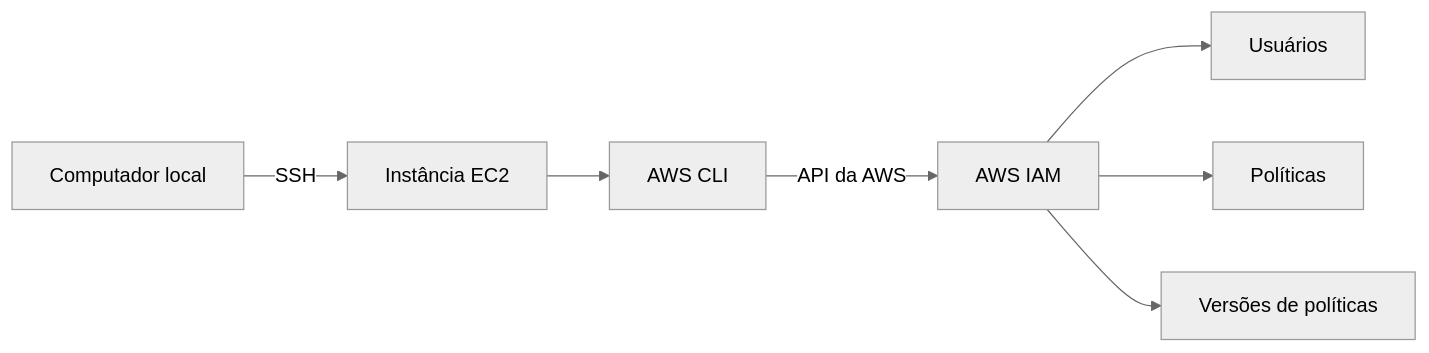
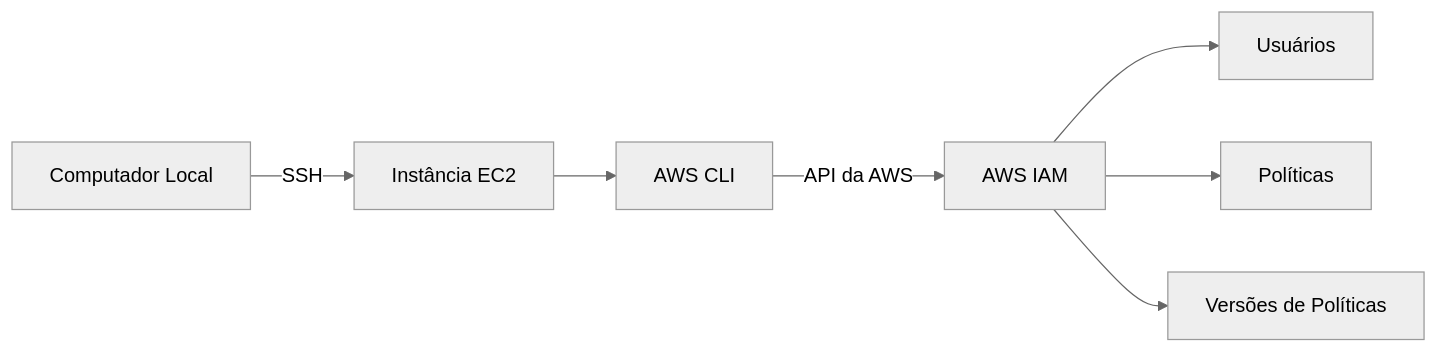
One commit to laisrdrgs/cloud-labs changed the second of 2 diagrams in 04-aws-cli-install-config/README.md. Above: the diagram before and after it, drawn with Mermaid (neutral theme). The commit also changed other lines of this file, not shown here.

First line of the commit message:
Revise README for AWS CLI lab instructions

````diff
--- a/04-aws-cli-install-config/README.md
+++ b/04-aws-cli-install-config/README.md
@@ -19,10 +224,10 @@
 ```mermaid
 flowchart LR
-    A[Computador local] -->|SSH| B[Instância EC2]
-    B --> C[AWS CLI]
-    C -->|API da AWS| D[AWS IAM]
+    A["Computador Local"] -->|SSH| B["Instância EC2"]
+    B --> C["AWS CLI"]
+    C -->|"API da AWS"| D["AWS IAM"]
 
-    D --> E[Usuários]
-    D --> F[Políticas]
-    D --> G[Versões de políticas]
+    D --> E["Usuários"]
+    D --> F["Políticas"]
+    D --> G["Versões de Políticas"]
 ```
````
